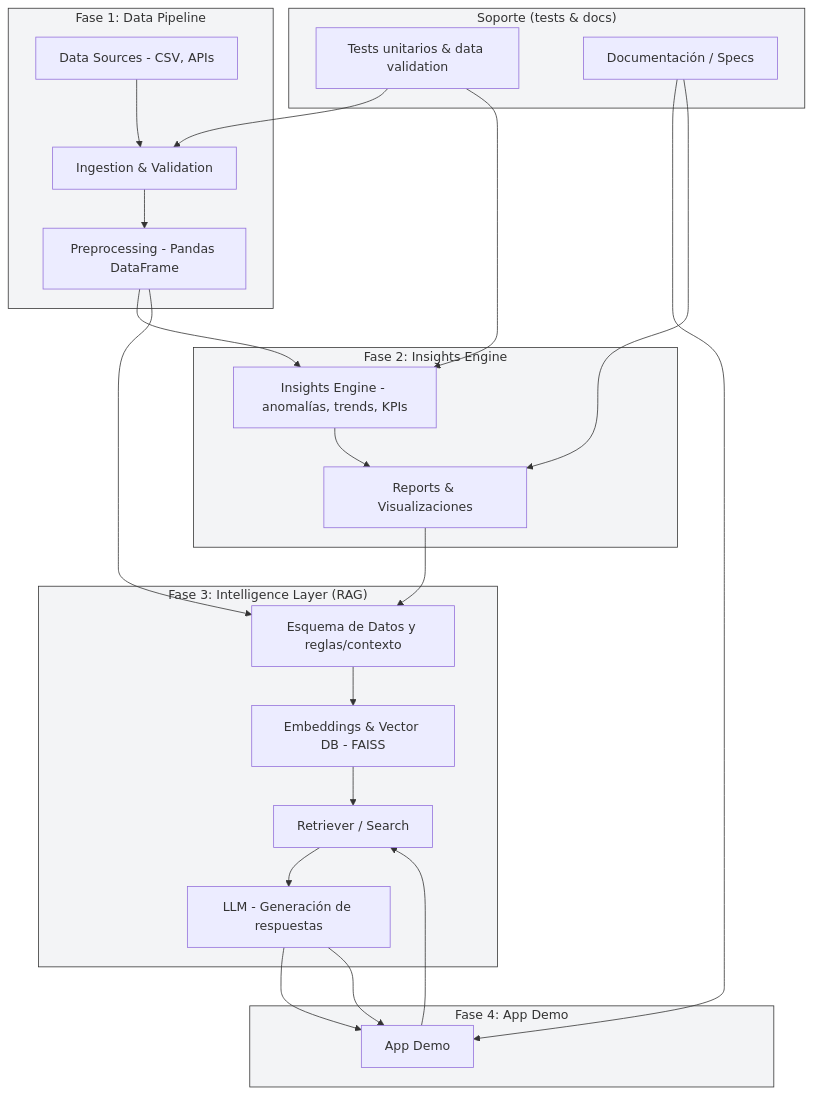
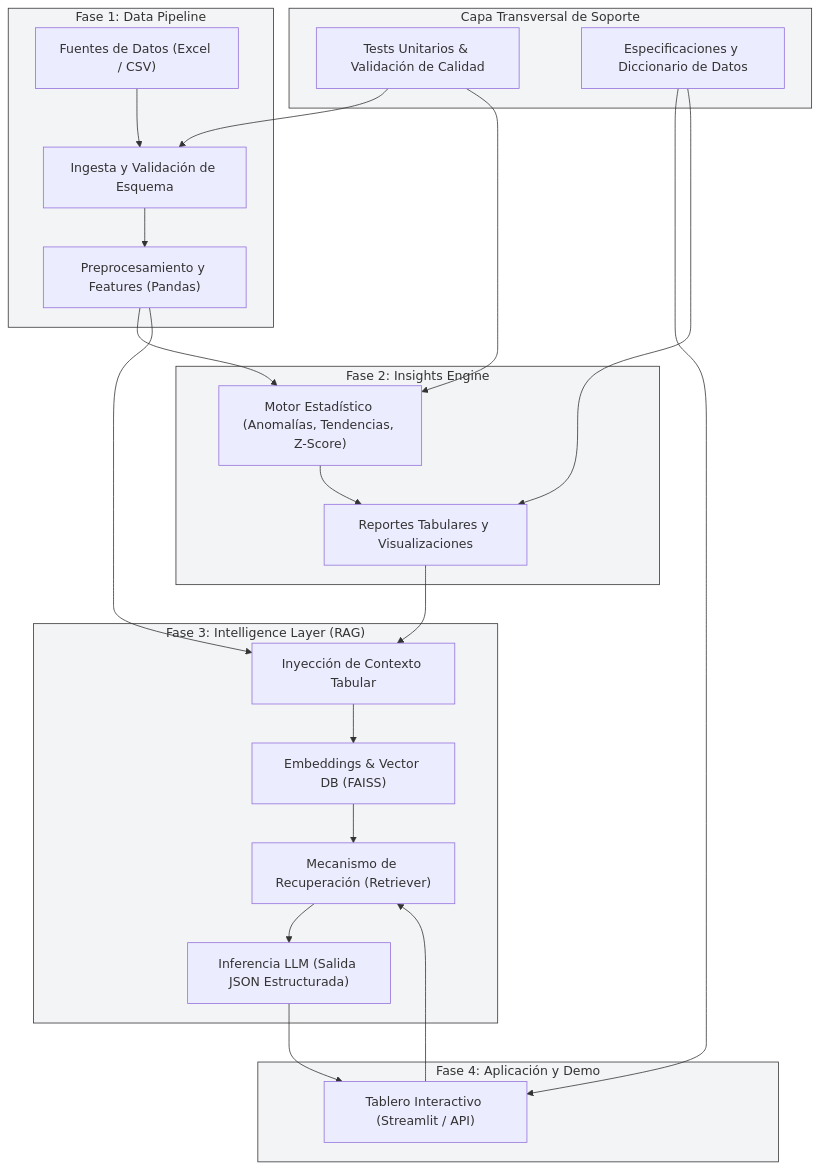
The diagram in Rappi/Eleccion/Opcion A/Desarrollo/Bloque 1/Diagrama Arquitectura.md (JuanjoRestrepo/juanjorestrepo-GithubObsidian), drawn with Mermaid before and after one commit. The commit also changed other lines of this file and 27 other files, not shown here.

````diff
--- a/Rappi/Eleccion/Opcion A/Desarrollo/Bloque 1/Diagrama Arquitectura.md
+++ b/Rappi/Eleccion/Opcion A/Desarrollo/Bloque 1/Diagrama Arquitectura.md
@@ -2,105 +20,54 @@
 ```mermaid
 flowchart TD
 
-  %% --- Fase 1: Data Pipeline ---
+  %% --- Fase 1: Data Pipeline ---
+  subgraph Fase1["Fase 1: Data Pipeline"]
+    A["Fuentes de Datos (Excel / CSV)"]
+    B["Ingesta y Validación de Esquema"]
+    C["Preprocesamiento y Features (Pandas)"]
+  end
+  A --> B
+  B --> C
 
-  subgraph Fase1["Fase 1: Data Pipeline"]
+  %% --- Fase 2: Insights Engine ---
+  subgraph Fase2["Fase 2: Insights Engine"]
+    D["Motor Estadístico (Anomalías, Tendencias, Z-Score)"]
+    E["Reportes Tabulares y Visualizaciones"]
+  end
+  C --> D
+  D --> E
 
-    A[Data Sources - CSV, APIs]
+  %% --- Fase 3: Intelligence / RAG ---
+  subgraph Fase3["Fase 3: Intelligence Layer (RAG)"]
+    F["Inyección de Contexto Tabular"]
+    V["Embeddings & Vector DB (FAISS)"]
+    G["Mecanismo de Recuperación (Retriever)"]
+    H["Inferencia LLM (Salida JSON Estructurada)"]
+  end
+  E --> F
+  C --> F
+  F --> V
+  V --> G
+  G --> H
 
-    B[Ingestion & Validation]
+  %% --- Fase 4: App & Feedback ---
+  subgraph Fase4["Fase 4: Aplicación y Demo"]
+    I["Tablero Interactivo (Streamlit / API)"]
+  end
+  H --> I
+  I --> G
 
-    C[Preprocessing - Pandas DataFrame]
+  %% --- Soporte lateral ---
+  subgraph Soporte["Capa Transversal de Soporte"]
+    T["Tests Unitarios & Validación de Calidad"]
+    Doc["Especificaciones y Diccionario de Datos"]
+  end
+  T --> B
+  T --> D
+  Doc --> I
+  Doc --> E
 
-  end
-
-  A --> B
-
-  B --> C
-
-  
-
-  %% --- Fase 2: Insights Engine ---
-
-  subgraph Fase2["Fase 2: Insights Engine"]
-
-    D[Insights Engine - anomalías, trends, KPIs]
-
-    E[Reports & Visualizaciones]
-
-  end
-
-  C --> D
-
-  D --> E
-
-  
-
-  %% --- Fase 3: Intelligence / RAG ---
-
-  subgraph Fase3["Fase 3: Intelligence Layer (RAG)"]
-
-    F[Esquema de Datos y reglas/contexto]
-
-    V[Embeddings & Vector DB - FAISS]
-
-    G[Retriever / Search]
-
-    H[LLM - Generación de respuestas]
-
-  end
-
-  E --> F
-
-  C --> F
-
-  F --> V
-
-  V --> G
-
-  G --> H
-
-  H --> I
-
-  
-
-  %% --- Fase 4: App & Feedback ---
-
-  subgraph Fase4["Fase 4: App Demo"]
-
-    I[App Demo]
-
-  end
-
-  H --> I
-
-  I --> G
-
-  
-
-  %% --- Soporte lateral ---
-
-  subgraph Soporte["Soporte (tests & docs)"]
-
-    T[Tests unitarios & data validation]
-
-    Doc[Documentación / Specs]
-
-  end
-
-  T --> B
-
-  T --> D
-
-  Doc --> I
-
-  Doc --> E
-
-  
-
-  %% --- Estilo visual ---
-
-  classDef stage fill:#f3f4f6,stroke:#333,stroke-width:1px;
-
-  class Fase1,Fase2,Fase3,Fase4,Soporte stage;
+  %% --- Estilo visual ---
+  classDef stage fill:#f3f4f6,stroke:#333,stroke-width:1px;
+  class Fase1,Fase2,Fase3,Fase4,Soporte stage;
 ```
````
